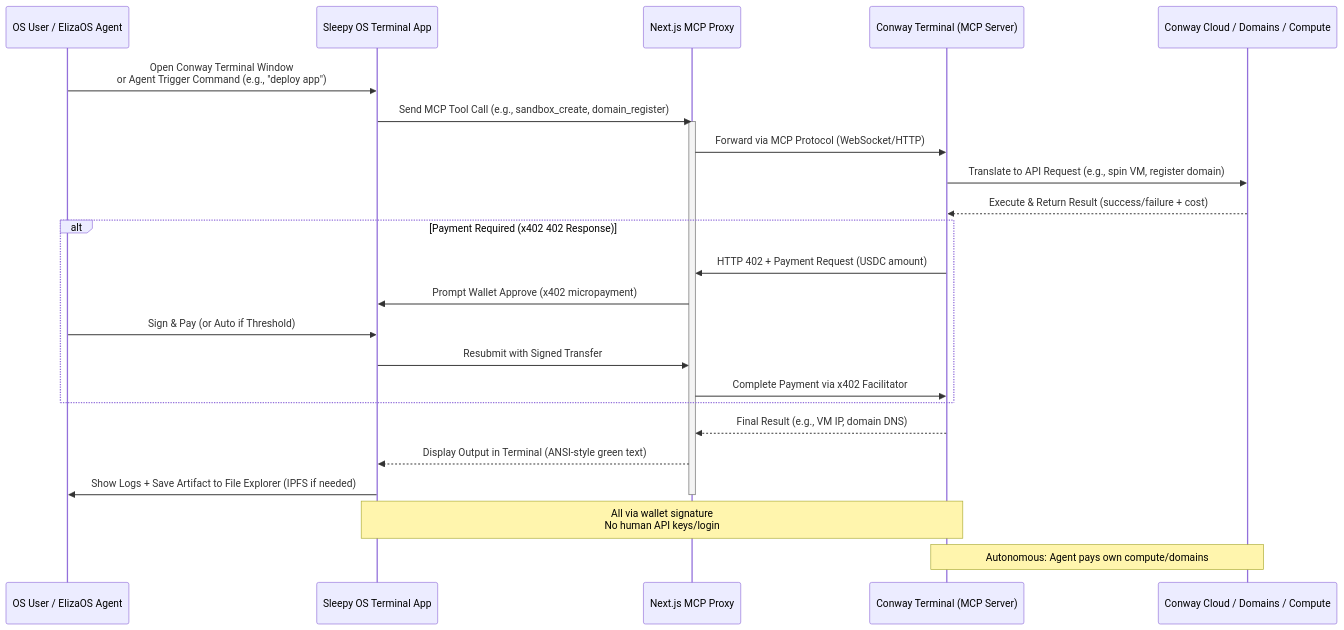
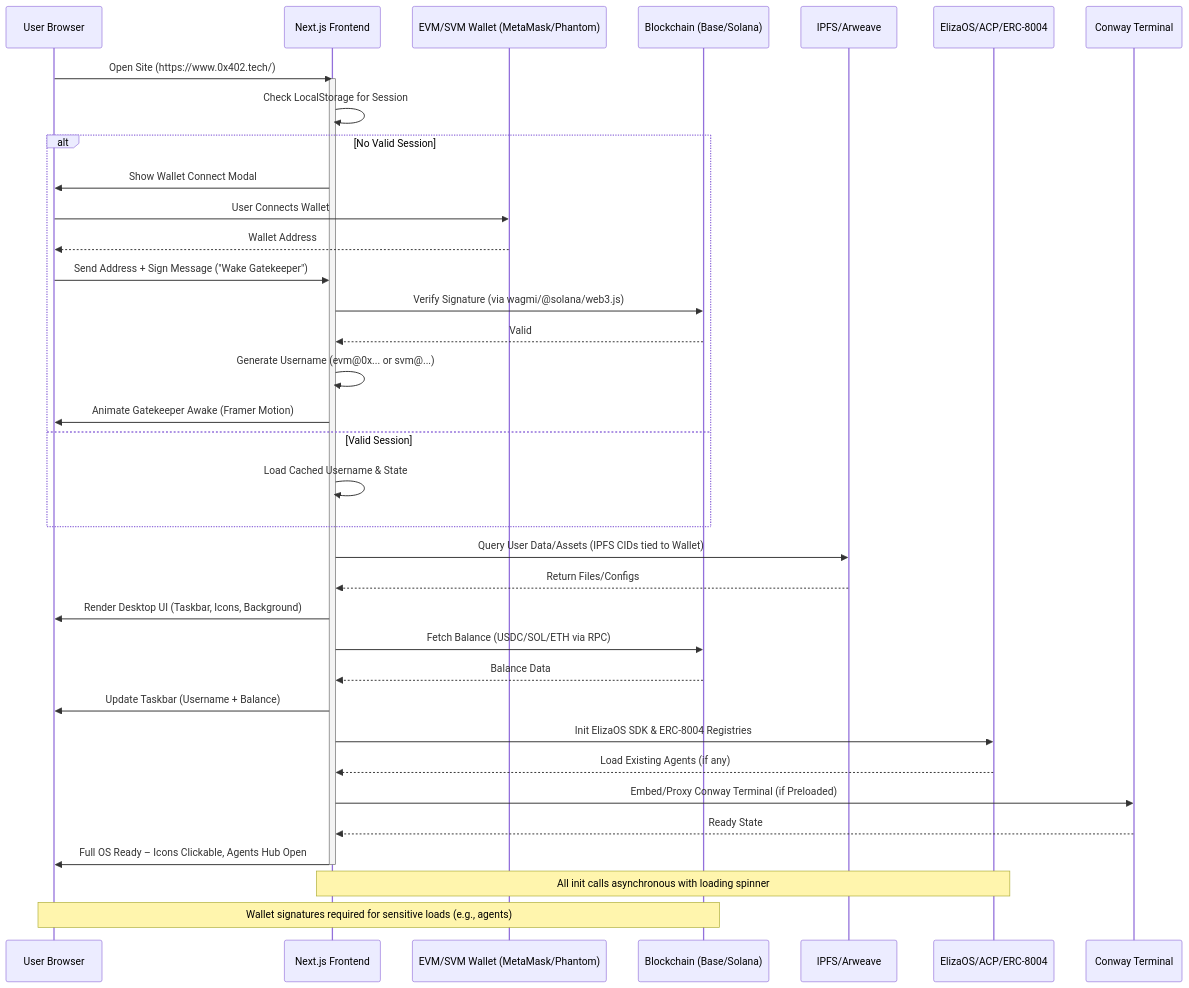
Before and after one commit to abraham-yusuf/sleepy-gatekeeper: the diagram in docs/WorkflowApps.md, drawn with Mermaid. The commit also changed other lines of this file, not shown here.

First line of the commit message:
Enhance WorkflowApps.md with diagrams

````diff
--- a/docs/WorkflowApps.md
+++ b/docs/WorkflowApps.md
@@ -115,28 +26,40 @@
 ```mermaid
 sequenceDiagram
-    participant User as OS User / ElizaOS Agent
-    participant OS as Sleepy OS Terminal App
-    participant Proxy as Next.js MCP Proxy
-    participant CT as Conway Terminal (MCP Server)
-    participant Backend as Conway Cloud / Domains / Compute
+    participant Browser as User Browser
+    participant Frontend as Next.js Frontend
+    participant Wallet as EVM/SVM Wallet (MetaMask/Phantom)
+    participant Blockchain as Blockchain (Base/Solana)
+    participant Storage as IPFS/Arweave
+    participant Agents as ElizaOS/ACP/ERC-8004
+    participant Conway as Conway Terminal
 
-    User->>OS: Open Conway Terminal Window<br>or Agent Trigger Command (e.g., "deploy app")
-    OS->>Proxy: Send MCP Tool Call (e.g., sandbox_create, domain_register)
-    activate Proxy
-    Proxy->>CT: Forward via MCP Protocol (WebSocket/HTTP)
-    CT->>Backend: Translate to API Request (e.g., spin VM, register domain)
-    Backend-->>CT: Execute & Return Result (success/failure + cost)
-    alt Payment Required (x402 402 Response)
-        CT->>Proxy: HTTP 402 + Payment Request (USDC amount)
-        Proxy->>OS: Prompt Wallet Approve (x402 micropayment)
-        User->>OS: Sign & Pay (or Auto if Threshold)
-        OS->>Proxy: Resubmit with Signed Transfer
-        Proxy->>CT: Complete Payment via x402 Facilitator
+    Browser->>Frontend: Open Site (https://www.0x402.tech/)
+    activate Frontend
+    Frontend->>Frontend: Check LocalStorage for Session
+    alt No Valid Session
+        Frontend->>Browser: Show Wallet Connect Modal
+        Browser->>Wallet: User Connects Wallet
+        Wallet-->>Browser: Wallet Address
+        Browser->>Frontend: Send Address + Sign Message ("Wake Gatekeeper")
+        Frontend->>Blockchain: Verify Signature (via wagmi/@solana/web3.js)
+        Blockchain-->>Frontend: Valid
+        Frontend->>Frontend: Generate Username (evm@0x... or svm@...)
+        Frontend->>Browser: Animate Gatekeeper Awake (Framer Motion)
+    else Valid Session
+        Frontend->>Frontend: Load Cached Username & State
     end
-    CT-->>Proxy: Final Result (e.g., VM IP, domain DNS)
-    Proxy-->>OS: Display Output in Terminal (ANSI-style green text)
-    OS->>User: Show Logs + Save Artifact to File Explorer (IPFS if needed)
-    deactivate Proxy
-    Note over OS,CT: All via wallet signature<br>No human API keys/login
-    Note over CT,Backend: Autonomous: Agent pays own compute/domains
+    Frontend->>Storage: Query User Data/Assets (IPFS CIDs tied to Wallet)
+    Storage-->>Frontend: Return Files/Configs
+    Frontend->>Browser: Render Desktop UI (Taskbar, Icons, Background)
+    Frontend->>Blockchain: Fetch Balance (USDC/SOL/ETH via RPC)
+    Blockchain-->>Frontend: Balance Data
+    Frontend->>Browser: Update Taskbar (Username + Balance)
+    Frontend->>Agents: Init ElizaOS SDK & ERC-8004 Registries
+    Agents-->>Frontend: Load Existing Agents (if any)
+    Frontend->>Conway: Embed/Proxy Conway Terminal (if Preloaded)
+    Conway-->>Frontend: Ready State
+    Frontend->>Browser: Full OS Ready – Icons Clickable, Agents Hub Open
+    deactivate Frontend
+    Note over Frontend,Agents: All init calls asynchronous with loading spinner
+    Note over Browser,Blockchain: Wallet signatures required for sensitive loads (e.g., agents)
 ```
````
